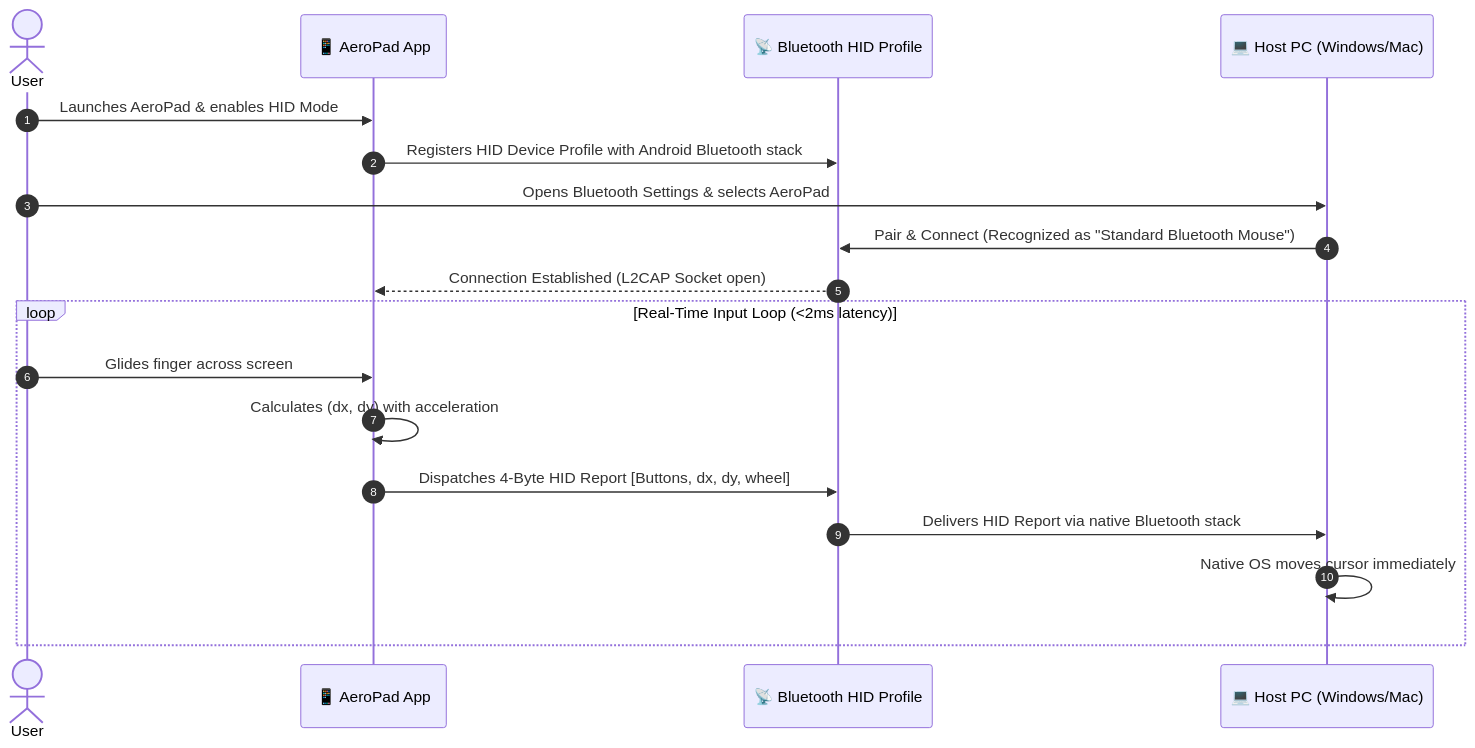
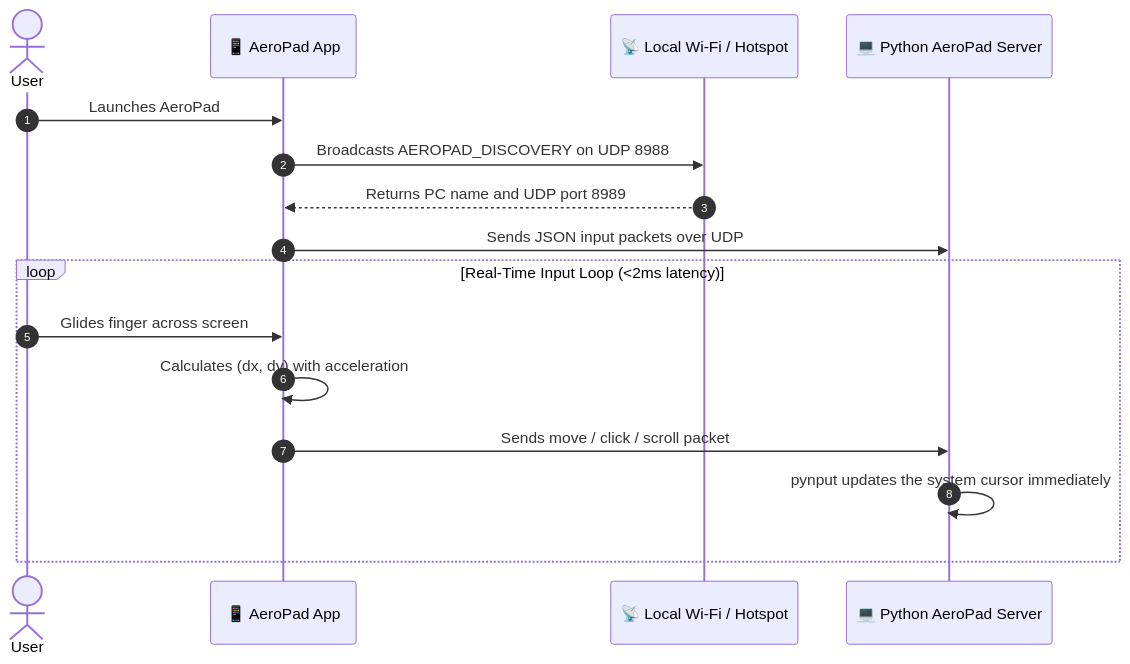
The second of 2 diagrams in README.md (abhi963007/Aeropad), drawn with Mermaid before and after one commit. The commit also changed other lines of this file and 12 other files, not shown here.

````diff
--- a/README.md
+++ b/README.md
@@ -109,22 +105,20 @@
 ```mermaid
 sequenceDiagram
     autonumber
     actor User
     participant Phone as 📱 AeroPad App
-    participant BT as 📡 Bluetooth HID Profile
-    participant PC as 💻 Host PC (Windows/Mac)
+    participant Network as 📡 Local Wi-Fi / Hotspot
+    participant PC as 💻 Python AeroPad Server
 
-    User->>Phone: Launches AeroPad & enables HID Mode
-    Phone->>BT: Registers HID Device Profile with Android Bluetooth stack
-    User->>PC: Opens Bluetooth Settings & selects AeroPad
-    PC->>BT: Pair & Connect (Recognized as "Standard Bluetooth Mouse")
-    BT-->>Phone: Connection Established (L2CAP Socket open)
+    User->>Phone: Launches AeroPad
+    Phone->>Network: Broadcasts AEROPAD_DISCOVERY on UDP 8988
+    Network-->>Phone: Returns PC name and UDP port 8989
+    Phone->>PC: Sends JSON input packets over UDP
     
     loop Real-Time Input Loop (<2ms latency)
         User->>Phone: Glides finger across screen
         Phone->>Phone: Calculates (dx, dy) with acceleration
-        Phone->>BT: Dispatches 4-Byte HID Report [Buttons, dx, dy, wheel]
-        BT->>PC: Delivers HID Report via native Bluetooth stack
-        PC->>PC: Native OS moves cursor immediately
+        Phone->>PC: Sends move / click / scroll packet
+        PC->>PC: pynput updates the system cursor immediately
     end
 ```
````
